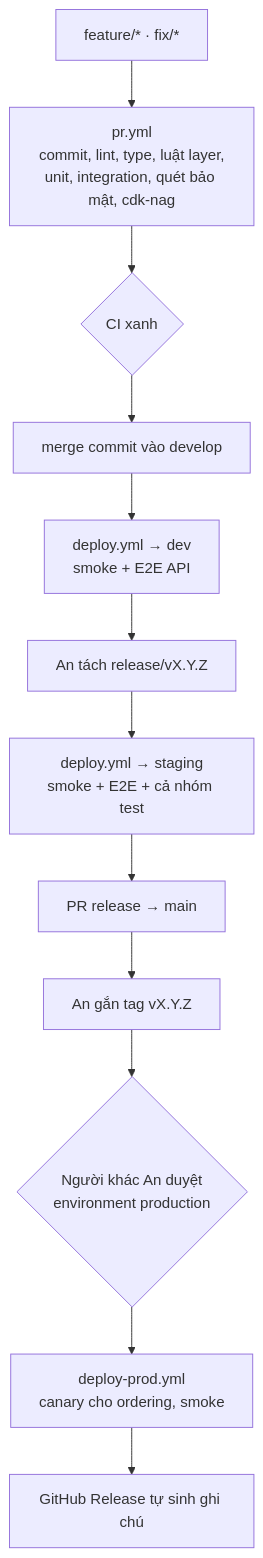
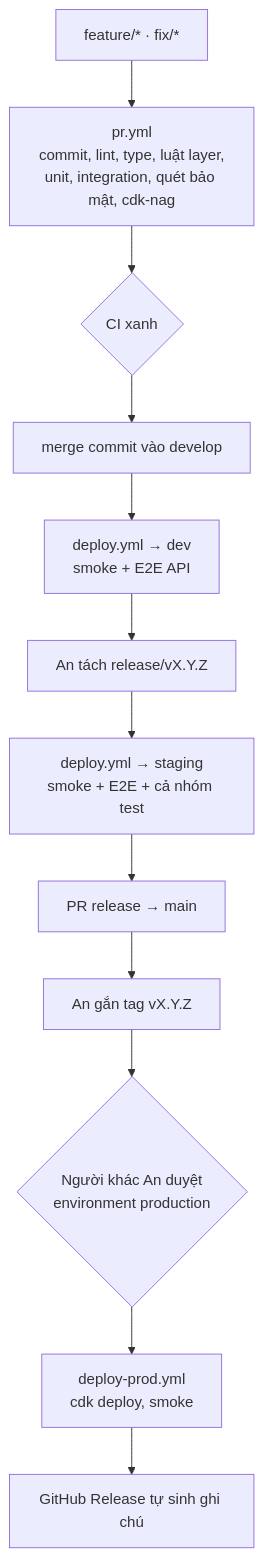
The second of 2 diagrams in docs/engineering-plan.md (hhieuann/shop-ai), drawn with Mermaid before and after one commit. The commit also changed other lines of this file and 7 other files, not shown here.

Commit message:
docs(adr): hoãn canary ordering, sửa tên bước deploy prod và kế hoạch

````diff
--- a/docs/engineering-plan.md
+++ b/docs/engineering-plan.md
@@ -292,14 +292,14 @@
 ```mermaid
 flowchart TB
   A["feature/* · fix/*"] --> B["pr.yml<br/>commit, lint, type, luật layer,<br/>unit, integration, quét bảo mật, cdk-nag"]
   B --> C{"CI xanh"}
   C --> D["merge commit vào develop"]
   D --> E["deploy.yml → dev<br/>smoke + E2E API"]
   E --> F["An tách release/vX.Y.Z"]
   F --> G["deploy.yml → staging<br/>smoke + E2E + cả nhóm test"]
   G --> H["PR release → main"]
   H --> I["An gắn tag vX.Y.Z"]
   I --> J{"Người khác An duyệt<br/>environment production"}
-  J --> K["deploy-prod.yml<br/>canary cho ordering, smoke"]
+  J --> K["deploy-prod.yml<br/>cdk deploy, smoke"]
   K --> L["GitHub Release tự sinh ghi chú"]
 ```
````
